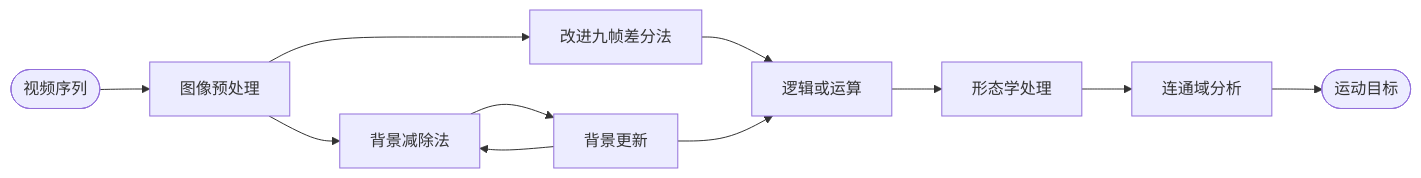
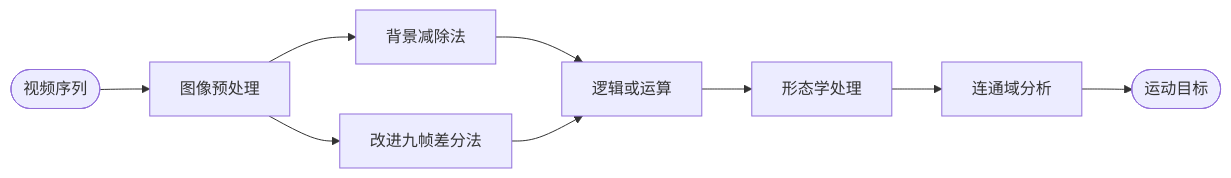
The diagram in W.md (superclever/matlab-and-html), drawn with Mermaid before and after one commit. The commit also changed 1 other file, not shown here.

Commit message:
修改 w and m MD文件

````diff
--- a/W.md
+++ b/W.md
@@ -200,13 +200,11 @@
 ```mermaid
 graph LR;
 start([视频序列]) --> 图像预处理[图像预处理]
 图像预处理 --> 改进九帧差分法[改进九帧差分法]
 图像预处理 --> 背景减除法[背景减除法]
-背景减除法 --> 背景更新[背景更新]
+背景减除法 --> 逻辑或运算
 改进九帧差分法 --> 逻辑或运算[逻辑或运算]
-背景更新 --> 背景减除法
-背景更新 --> 逻辑或运算
 逻辑或运算 --> 形态学处理[形态学处理]
 形态学处理 --> 通域分析[连通域分析]
 通域分析 --> 运动目标([运动目标])
 ```
````
